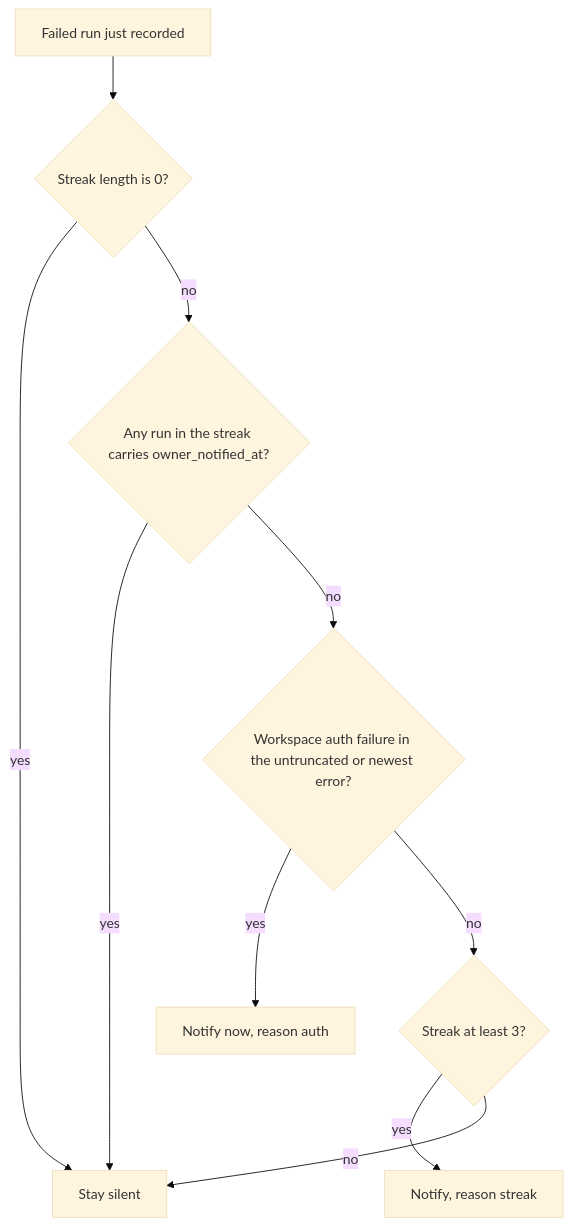
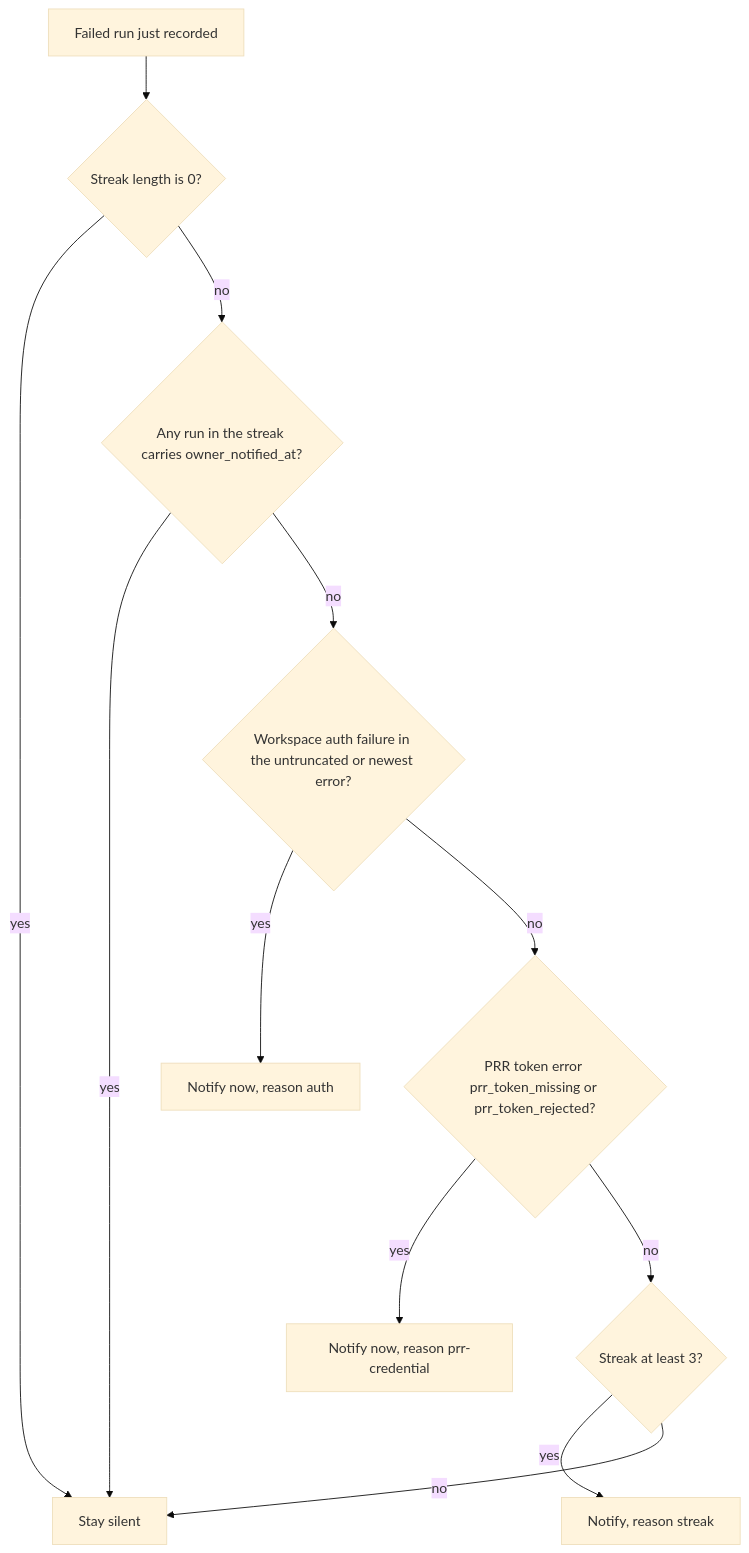
One commit to psd401/aistudio changed the first of 2 diagrams in openwiki/agent-platform/schedule-failure-notices.md. Above: the diagram before and after it, drawn with Mermaid (base theme). The commit also changed other lines of this file and 8 other files, not shown here.

````diff
--- a/openwiki/agent-platform/schedule-failure-notices.md
+++ b/openwiki/agent-platform/schedule-failure-notices.md
@@ -90,12 +90,14 @@
 ```mermaid
 flowchart TD
     A["Failed run just recorded"] --> B{"Streak length is 0?"}
     B -- yes --> Z["Stay silent"]
     B -- no --> C{"Any run in the streak carries owner_notified_at?"}
     C -- yes --> Z
     C -- no --> D{"Workspace auth failure in the untruncated or newest error?"}
     D -- yes --> E["Notify now, reason auth"]
-    D -- no --> F{"Streak at least 3?"}
+    D -- no --> P{"PRR token error prr_token_missing or prr_token_rejected?"}
+    P -- yes --> Q["Notify now, reason prr-credential"]
+    P -- no --> F{"Streak at least 3?"}
     F -- yes --> G["Notify, reason streak"]
     F -- no --> Z
 ```
````
